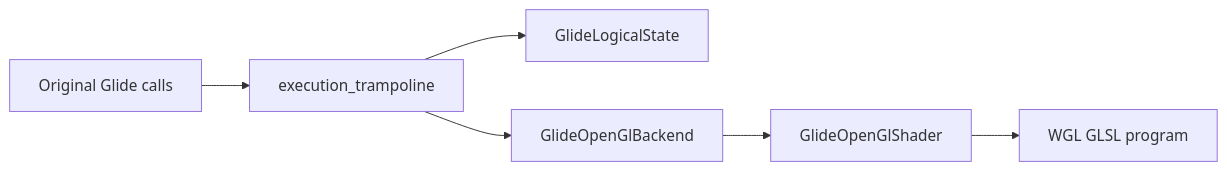
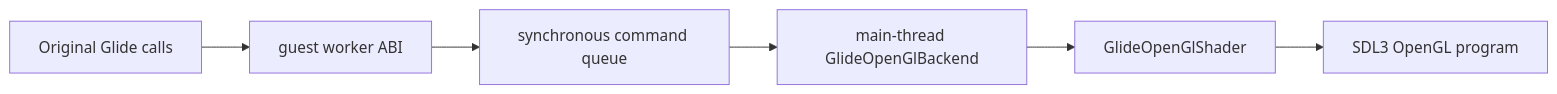
Before and after one commit to nworkers/rePIU: the first of 13 diagrams in ARCHITECTURE.md, drawn with Mermaid. The commit also changed other lines of this file and 25 other files, not shown here.

````diff
--- a/ARCHITECTURE.md
+++ b/ARCHITECTURE.md
@@ -175,8 +179,8 @@
 ```mermaid
 flowchart LR
-    GUEST["Original Glide calls"] --> ABI["execution_trampoline"]
-    ABI --> STATE["GlideLogicalState"]
-    ABI --> BACKEND["GlideOpenGlBackend"]
+    GUEST["Original Glide calls"] --> ABI["guest worker ABI"]
+    ABI --> QUEUE["synchronous command queue"]
+    QUEUE --> BACKEND["main-thread GlideOpenGlBackend"]
     BACKEND --> SHADER["GlideOpenGlShader"]
-    SHADER --> GLSL["WGL GLSL program"]
+    SHADER --> GLSL["SDL3 OpenGL program"]
 ```
````
